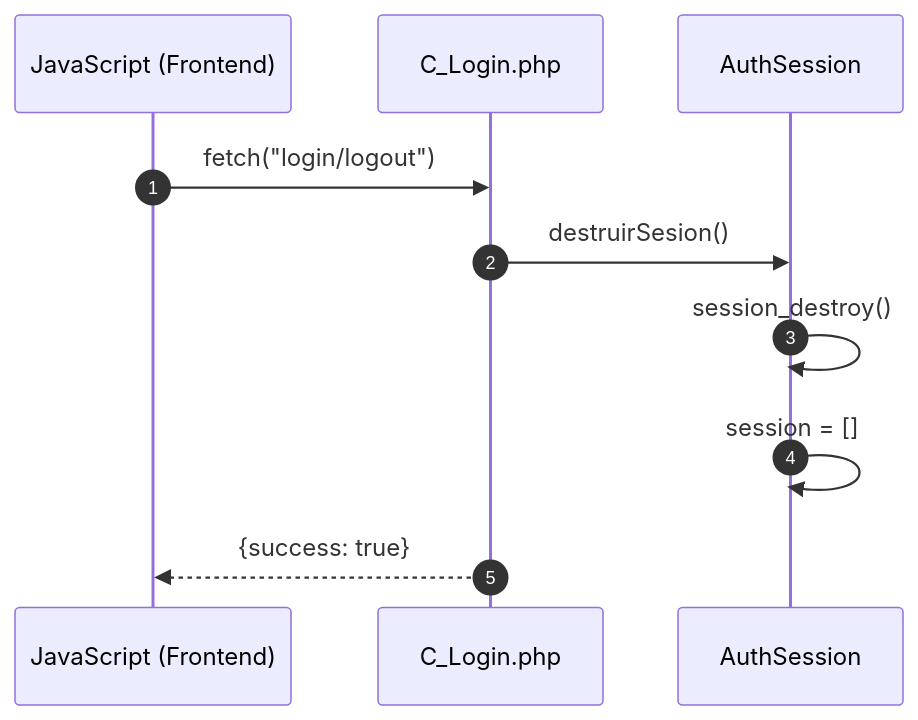
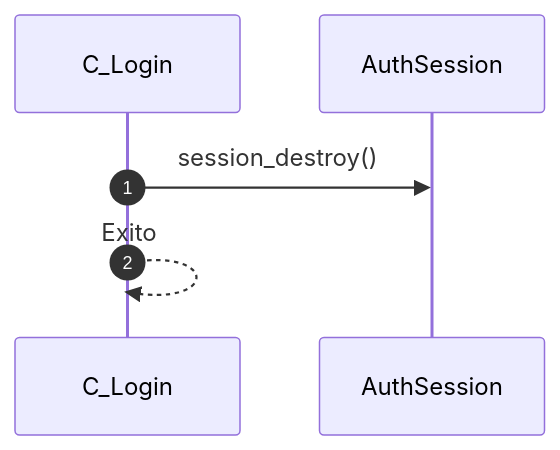
Before and after one commit to Tecrato/BurgerHouse: the sixth of 6 diagrams in docs/secuencia/usuarios/usuarios.md, drawn with Mermaid. The commit also changed other lines of this file and 13 other files, not shown here.

First line of the commit message:
diagramas actualizaos

````diff
--- a/docs/secuencia/usuarios/usuarios.md
+++ b/docs/secuencia/usuarios/usuarios.md
@@ -142,15 +217,10 @@
 ```mermaid
 sequenceDiagram
     autonumber
-    participant JS as JavaScript (Frontend)
-    participant C_Login as C_Login.php
-    participant Auth as AuthSession
+    participant C_Login as C_Login
+    participant AuthSession as AuthSession
     
-    JS->>C_Login: fetch("login/logout")
+    C_Login->>AuthSession: session_destroy()
     
-    C_Login->>Auth: destruirSesion()
-    Auth->>Auth: session_destroy()
-    Auth->>Auth: session = []
-    
-    C_Login-->>JS: {success: true}
+    C_Login-->>C_Login: Exito
 ```
````
